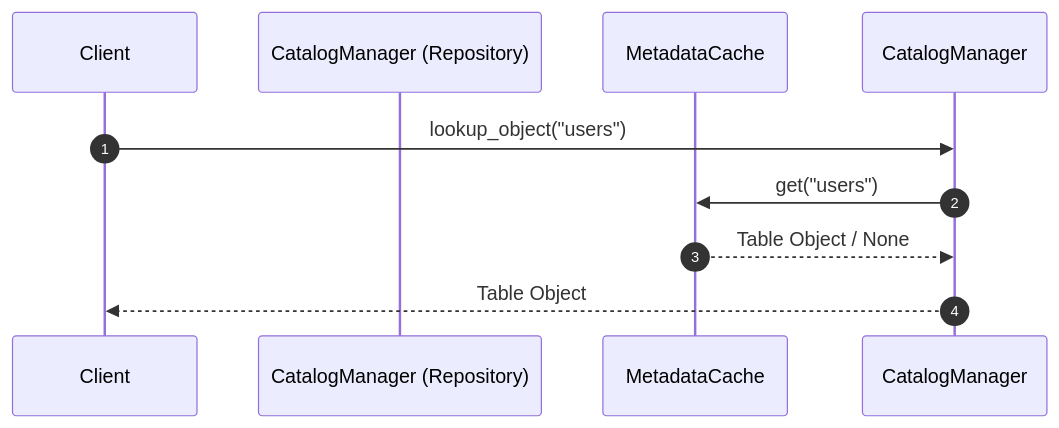
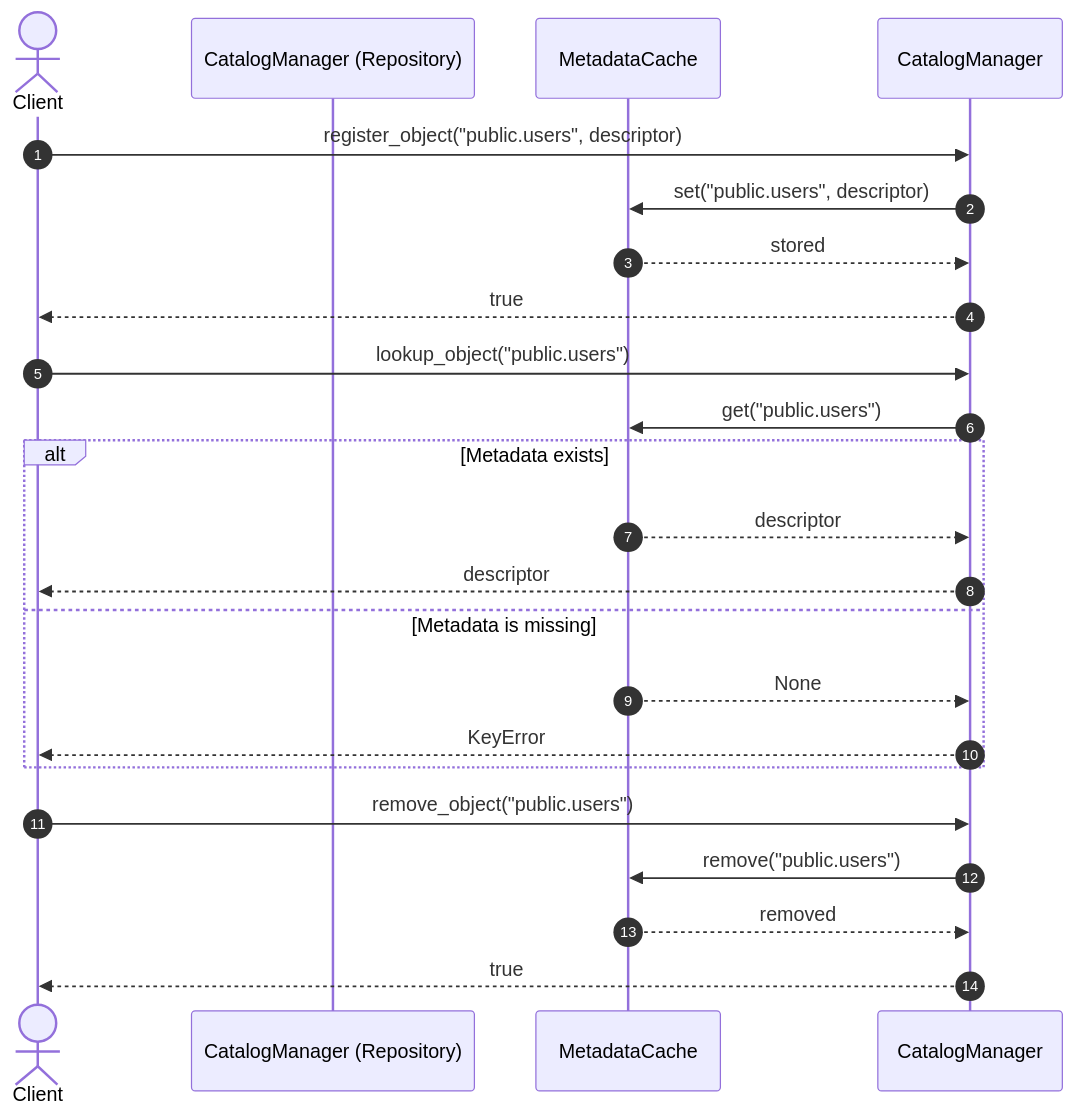
The sixth of 7 diagrams in docs/diagrams/sequence/design_patterns/database_object.md (taitran501/DBMS), drawn with Mermaid before and after one commit. The commit also changed other lines of this file and 2 other files, not shown here.

Commit message:
docs(database_object): add Repository Pattern diagrams

````diff
--- a/docs/diagrams/sequence/design_patterns/database_object.md
+++ b/docs/diagrams/sequence/design_patterns/database_object.md
@@ -143,12 +143,27 @@
 ```mermaid
 sequenceDiagram
     autonumber
-    participant Client
+    actor Client
     participant CatalogManager (Repository)
     participant MetadataCache
 
-    Client->>CatalogManager: lookup_object("users")
-    CatalogManager->>MetadataCache: get("users")
-    MetadataCache-->>CatalogManager: Table Object / None
-    CatalogManager-->>Client: Table Object
+    Client->>CatalogManager: register_object("public.users", descriptor)
+    CatalogManager->>MetadataCache: set("public.users", descriptor)
+    MetadataCache-->>CatalogManager: stored
+    CatalogManager-->>Client: true
+
+    Client->>CatalogManager: lookup_object("public.users")
+    CatalogManager->>MetadataCache: get("public.users")
+    alt Metadata exists
+        MetadataCache-->>CatalogManager: descriptor
+        CatalogManager-->>Client: descriptor
+    else Metadata is missing
+        MetadataCache-->>CatalogManager: None
+        CatalogManager-->>Client: KeyError
+    end
+
+    Client->>CatalogManager: remove_object("public.users")
+    CatalogManager->>MetadataCache: remove("public.users")
+    MetadataCache-->>CatalogManager: removed
+    CatalogManager-->>Client: true
 ```
````
